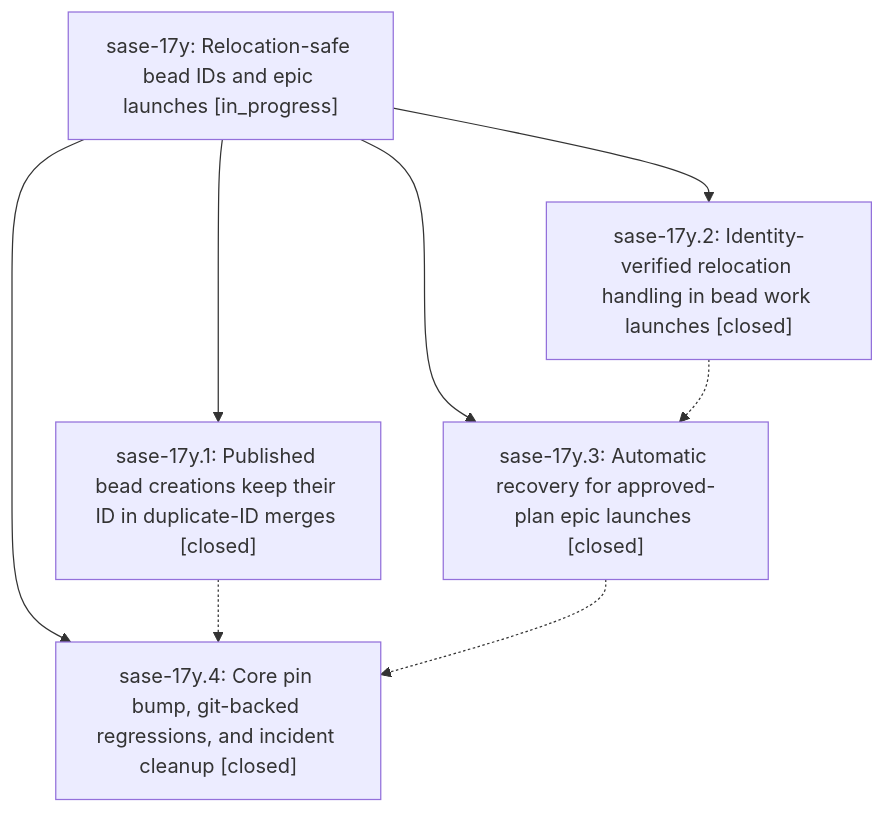
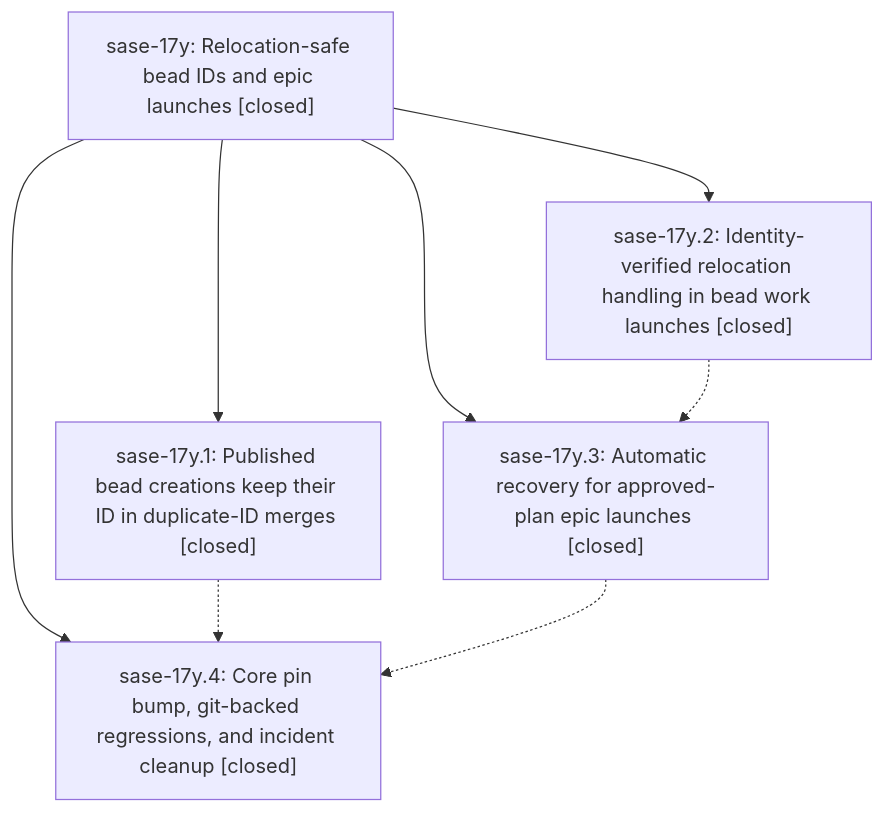
Before and after one commit to sase-org/sase--beads: the diagram in pages/sase-17y/README.md, drawn with Mermaid. The commit also changed other lines of this file and 3 other files, not shown here.

First line of the commit message:
chore(beads): sync bead state and pages for sase-17y

````diff
--- a/pages/sase-17y/README.md
+++ b/pages/sase-17y/README.md
@@ -25,15 +44,15 @@
 ```mermaid
 flowchart TD
-    n0["sase-17y: Relocation-safe bead IDs and epic launches [in_progress]"]
+    n0["sase-17y: Relocation-safe bead IDs and epic launches [closed]"]
     n1["sase-17y.1: Published bead creations keep their ID in duplicate-ID merges [closed]"]
     n2["sase-17y.2: Identity-verified relocation handling in bead work launches [closed]"]
     n3["sase-17y.3: Automatic recovery for approved-plan epic launches [closed]"]
     n4["sase-17y.4: Core pin bump, git-backed regressions, and incident cleanup [closed]"]
     n0 --> n1
     n0 --> n2
     n0 --> n3
     n0 --> n4
     n1 -.-> n4
     n2 -.-> n3
     n3 -.-> n4
 ```
````
